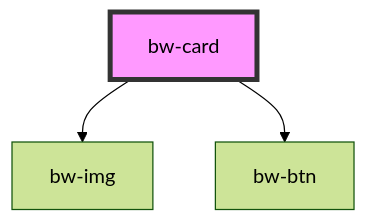
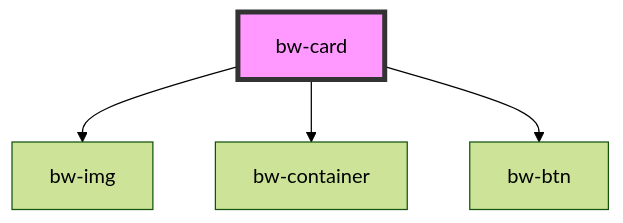
The diagram in src/components/bw-card/readme.md (pukhraj1999/blackwall), drawn with Mermaid (forest theme) before and after one commit. The commit also changed other lines of this file and 48 other files, not shown here.

````diff
--- a/src/components/bw-card/readme.md
+++ b/src/components/bw-card/readme.md
@@ -41,6 +44,7 @@
 ```mermaid
 graph TD;
   bw-card --> bw-img
+  bw-card --> bw-container
   bw-card --> bw-btn
   style bw-card fill:#f9f,stroke:#333,stroke-width:4px
 ```
````
